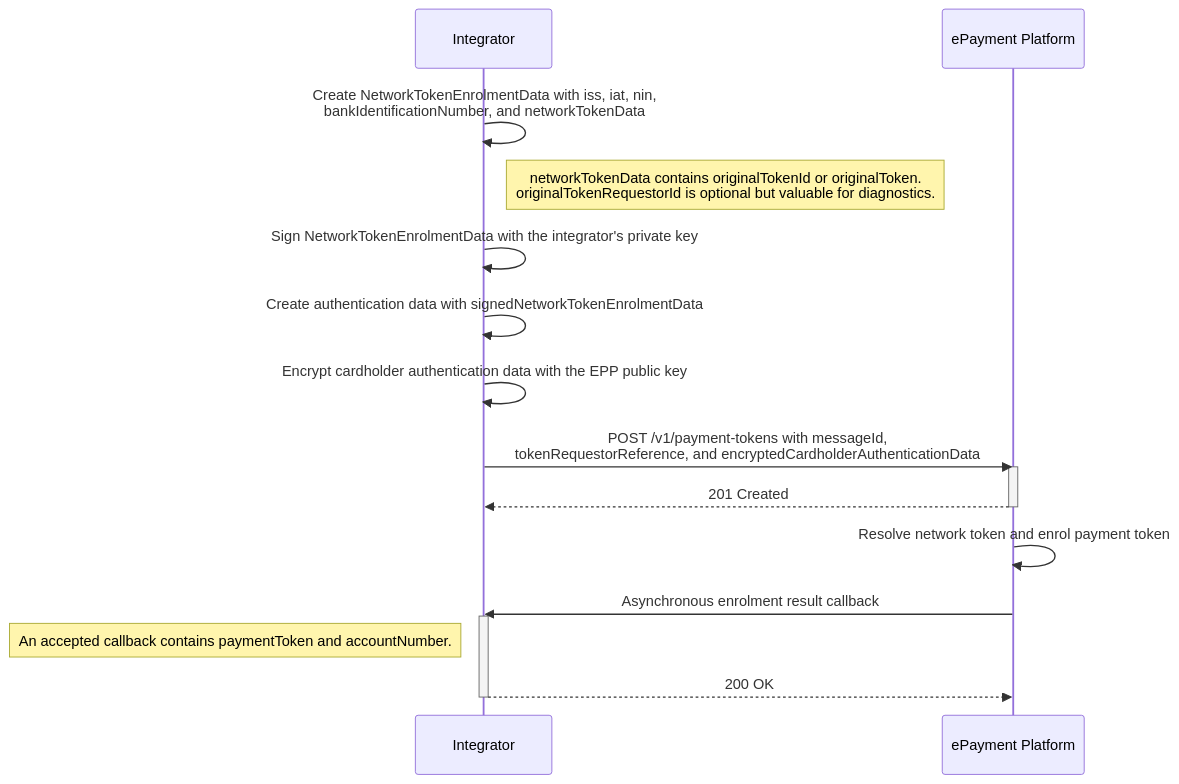
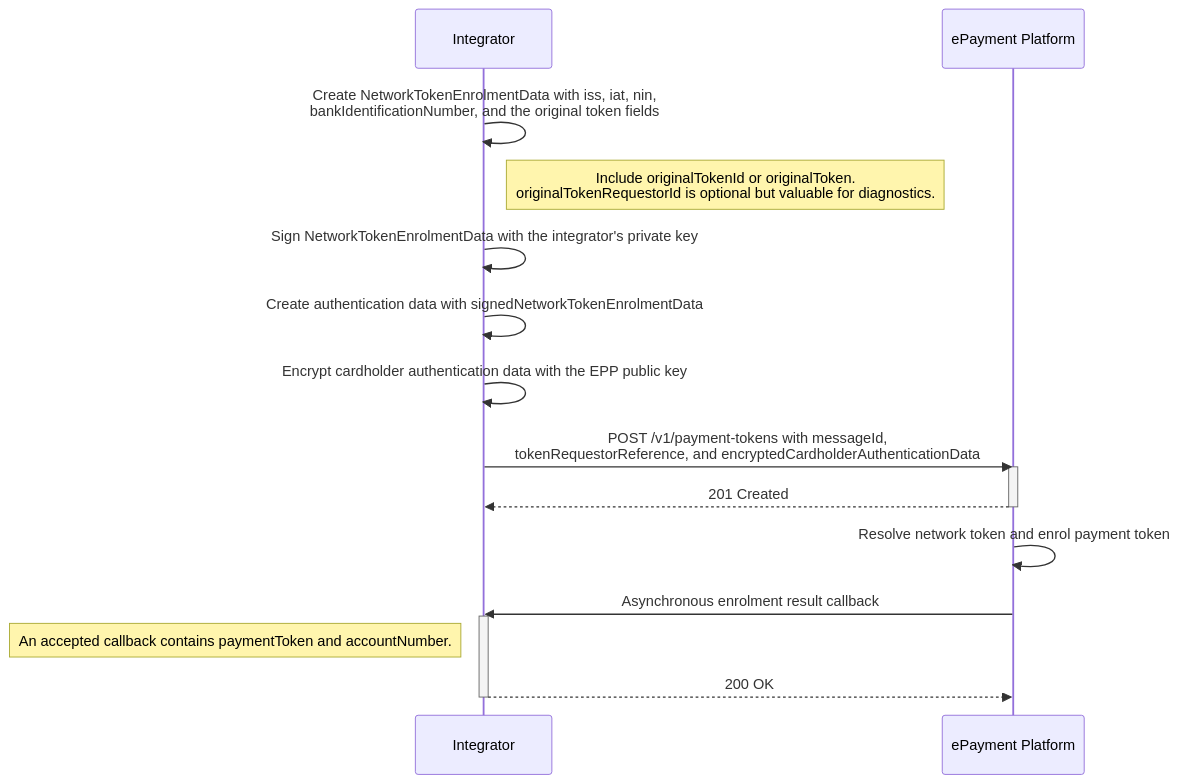
One commit to BankAxept/bankaxept-epayment-development-kit changed the second of 3 diagrams in docs/enrolment_and_payment.md. Above: the diagram before and after it, drawn with Mermaid. The commit also changed other lines of this file and 2 other files, not shown here.

Commit message:
feat(enrolment): revise network token flow

````diff
--- a/docs/enrolment_and_payment.md
+++ b/docs/enrolment_and_payment.md
@@ -103,21 +103,21 @@
 ```mermaid
 sequenceDiagram
     participant Integrator
     participant EPP as ePayment Platform
 
-    Integrator ->> Integrator: Create NetworkTokenEnrolmentData with iss, iat, nin,<br/>bankIdentificationNumber, and networkTokenData
-    note right of Integrator: networkTokenData contains originalTokenId or originalToken.<br/>originalTokenRequestorId is optional but valuable for diagnostics.
+    Integrator ->> Integrator: Create NetworkTokenEnrolmentData with iss, iat, nin,<br/>bankIdentificationNumber, and the original token fields
+    note right of Integrator: Include originalTokenId or originalToken.<br/>originalTokenRequestorId is optional but valuable for diagnostics.
     Integrator ->> Integrator: Sign NetworkTokenEnrolmentData with the integrator's private key
     Integrator ->> Integrator: Create authentication data with signedNetworkTokenEnrolmentData
     Integrator ->> Integrator: Encrypt cardholder authentication data with the EPP public key
     Integrator ->> EPP: POST /v1/payment-tokens with messageId,<br/>tokenRequestorReference, and encryptedCardholderAuthenticationData
     activate EPP
     EPP -->> Integrator: 201 Created
     deactivate EPP
     EPP ->> EPP: Resolve network token and enrol payment token
     EPP ->> Integrator: Asynchronous enrolment result callback
     activate Integrator
     note left of Integrator: An accepted callback contains paymentToken and accountNumber.
     Integrator -->> EPP: 200 OK
     deactivate Integrator
 ```
````
